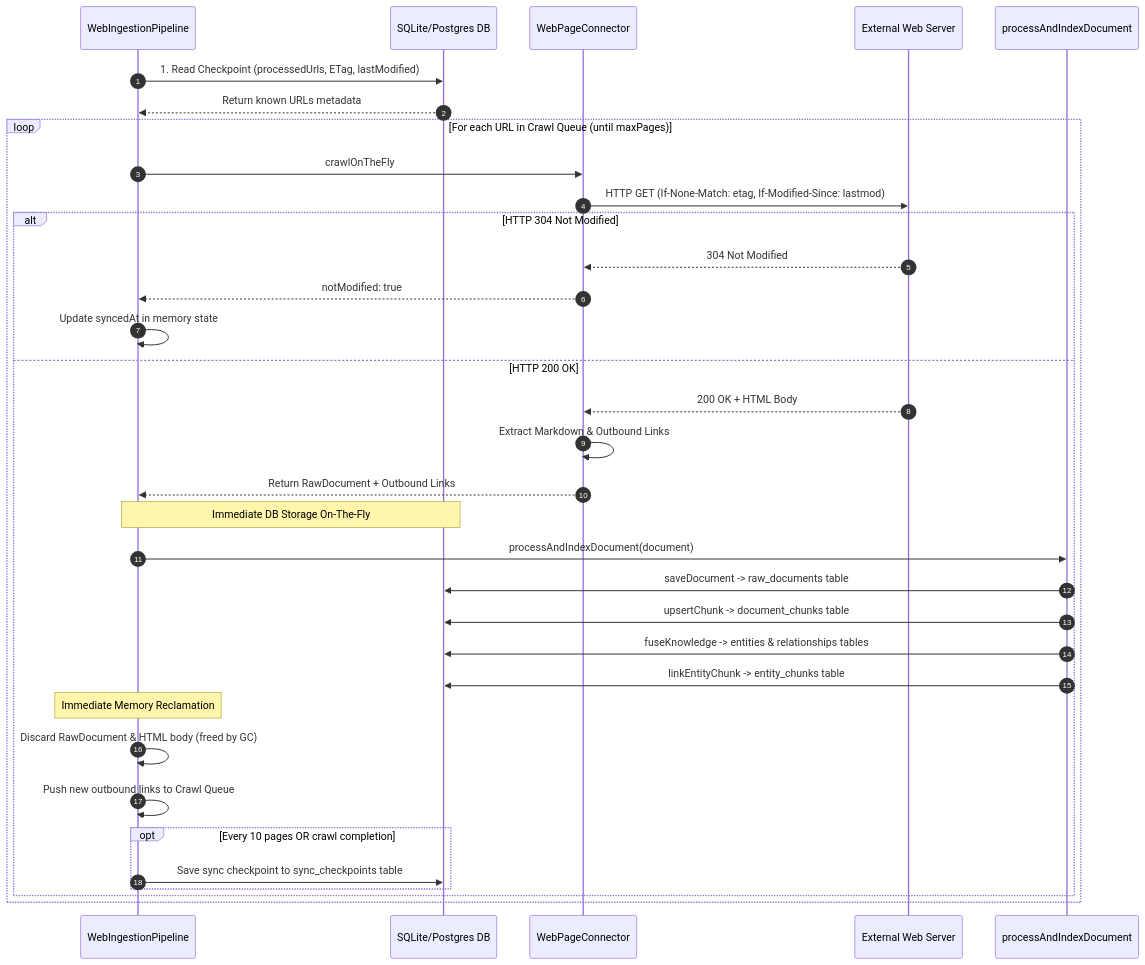
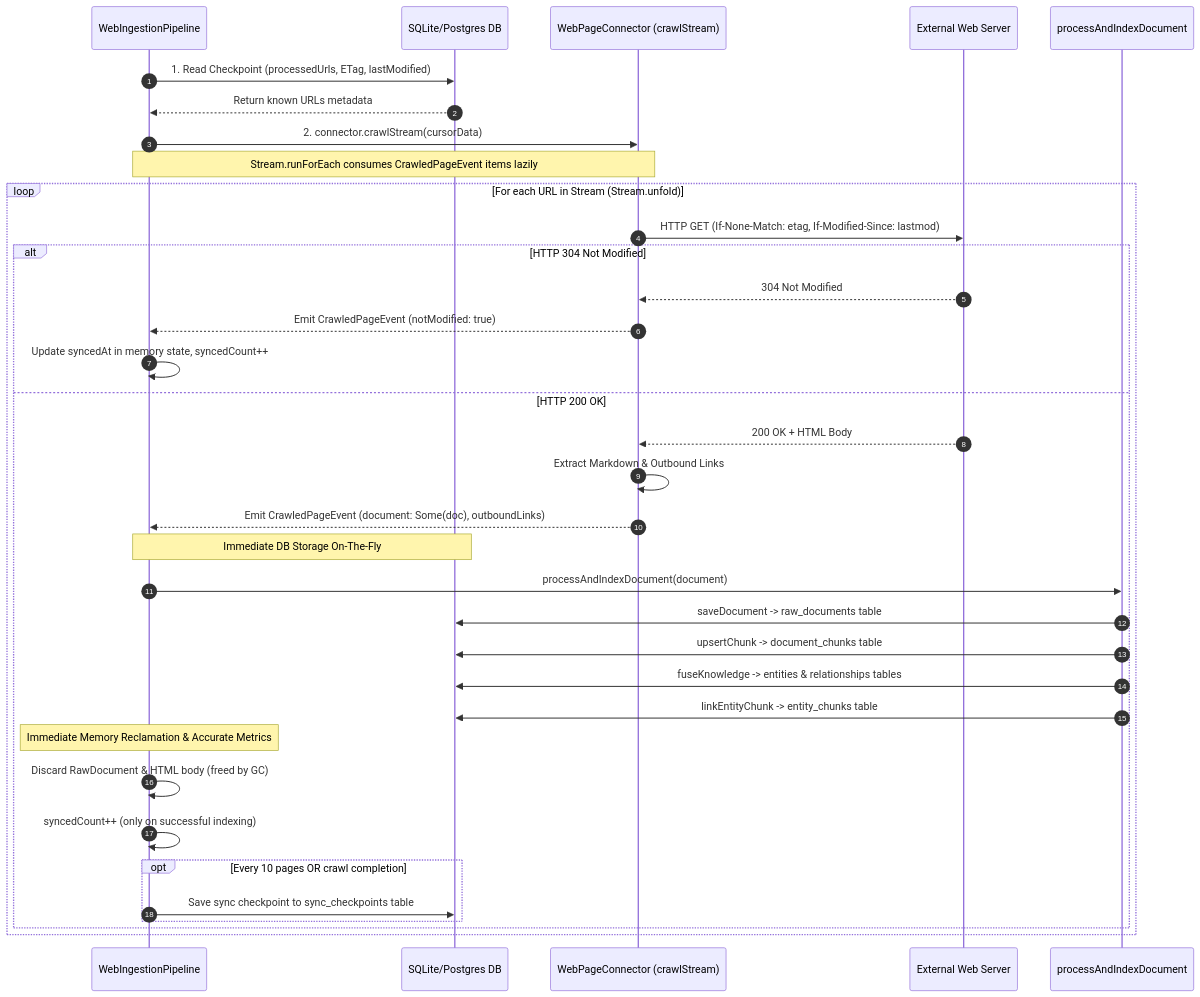
The diagram in docs/implementation/on-the-fly-web-ingestion_implementation_walkthrough.md (justcoon/golem-kgs-effect), drawn with Mermaid before and after one commit. The commit also changed other lines of this file and 6 other files, not shown here.

````diff
--- a/docs/implementation/on-the-fly-web-ingestion_implementation_walkthrough.md
+++ b/docs/implementation/on-the-fly-web-ingestion_implementation_walkthrough.md
@@ -32,41 +34,43 @@
 ```mermaid
 sequenceDiagram
     autonumber
     participant Pipeline as WebIngestionPipeline
     participant DB as SQLite/Postgres DB
-    participant Connector as WebPageConnector
+    participant Connector as WebPageConnector (crawlStream)
     participant Remote as External Web Server
     participant Processor as processAndIndexDocument
 
     Pipeline->>DB: 1. Read Checkpoint (processedUrls, ETag, lastModified)
     DB-->>Pipeline: Return known URLs metadata
 
-    loop For each URL in Crawl Queue (until maxPages)
-        Pipeline->>Connector: crawlOnTheFly
+    Pipeline->>Connector: 2. connector.crawlStream(cursorData)
+    Note over Pipeline, Connector: Stream.runForEach consumes CrawledPageEvent items lazily
+
+    loop For each URL in Stream (Stream.unfold)
         Connector->>Remote: HTTP GET (If-None-Match: etag, If-Modified-Since: lastmod)
         alt HTTP 304 Not Modified
             Remote-->>Connector: 304 Not Modified
-            Connector-->>Pipeline: notModified: true
-            Pipeline->>Pipeline: Update syncedAt in memory state
+            Connector-->>Pipeline: Emit CrawledPageEvent (notModified: true)
+            Pipeline->>Pipeline: Update syncedAt in memory state, syncedCount++
         else HTTP 200 OK
             Remote-->>Connector: 200 OK + HTML Body
             Connector->>Connector: Extract Markdown & Outbound Links
-            Connector-->>Pipeline: Return RawDocument + Outbound Links
+            Connector-->>Pipeline: Emit CrawledPageEvent (document: Some(doc), outboundLinks)
 
             Note over Pipeline, DB: Immediate DB Storage On-The-Fly
             Pipeline->>Processor: processAndIndexDocument(document)
             Processor->>DB: saveDocument -> raw_documents table
             Processor->>DB: upsertChunk -> document_chunks table
             Processor->>DB: fuseKnowledge -> entities & relationships tables
             Processor->>DB: linkEntityChunk -> entity_chunks table
 
-            Note over Pipeline: Immediate Memory Reclamation
+            Note over Pipeline: Immediate Memory Reclamation & Accurate Metrics
             Pipeline->>Pipeline: Discard RawDocument & HTML body (freed by GC)
-            Pipeline->>Pipeline: Push new outbound links to Crawl Queue
+            Pipeline->>Pipeline: syncedCount++ (only on successful indexing)
 
             opt Every 10 pages OR crawl completion
                 Pipeline->>DB: Save sync checkpoint to sync_checkpoints table
             end
         end
     end
 ```
````
